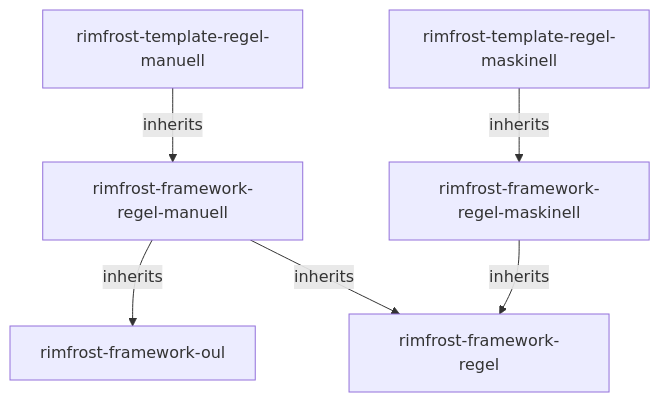
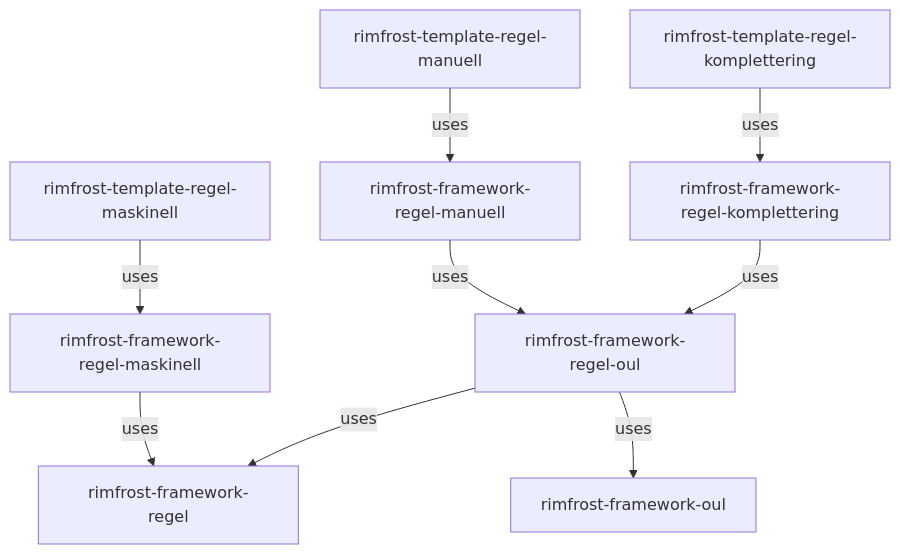
Before and after one commit to Forsakringskassan/rimfrost: the first of 2 diagrams in FRAMEWORK.md, drawn with Mermaid. The commit also changed other lines of this file and 5 other files, not shown here.

Commit message:
fix: Add framework layer docs, komplettering guide and versioning policy

````diff
--- a/FRAMEWORK.md
+++ b/FRAMEWORK.md
@@ -1,13 +1,15 @@
 ```mermaid
 graph TD
 
-    rimfrost-template-regel-manuell -->|inherits| rimfrost-framework-regel-manuell
+    rimfrost-template-regel-manuell -->|uses| rimfrost-framework-regel-manuell
+    rimfrost-template-regel-komplettering -->|uses| rimfrost-framework-regel-komplettering
 
-    rimfrost-template-regel-maskinell -->|inherits| rimfrost-framework-regel-maskinell
-    rimfrost-framework-regel-maskinell -->|inherits| rimfrost-framework-regel
+    rimfrost-template-regel-maskinell -->|uses| rimfrost-framework-regel-maskinell
+    rimfrost-framework-regel-maskinell -->|uses| rimfrost-framework-regel
 
-    rimfrost-framework-regel-manuell -->|inherits| rimfrost-framework-oul
-    rimfrost-framework-regel-manuell -->|inherits| rimfrost-framework-regel
+    rimfrost-framework-regel-manuell -->|uses| rimfrost-framework-regel-oul
+    rimfrost-framework-regel-komplettering -->|uses| rimfrost-framework-regel-oul
+    rimfrost-framework-regel-oul -->|uses| rimfrost-framework-regel
+    rimfrost-framework-regel-oul -->|uses| rimfrost-framework-oul
 
-    
 ```
````
